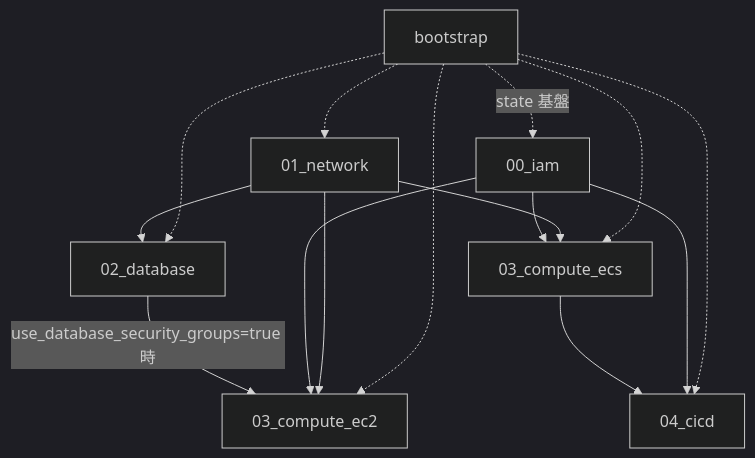
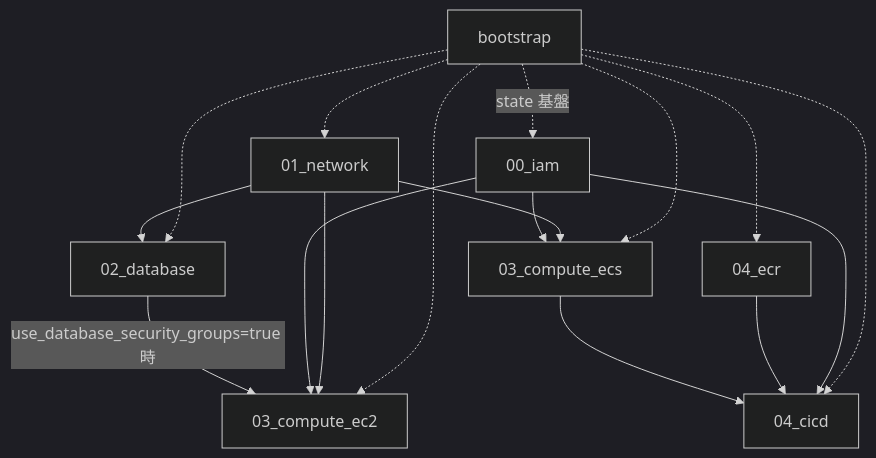
Before and after one commit to r-fukuda-git/r-fukuda-terraform: the diagram in README.md, drawn with Mermaid (dark theme). The commit also changed other lines of this file and 9 other files, not shown here.

````diff
--- a/README.md
+++ b/README.md
@@ -29,26 +30,29 @@
 ```mermaid
 flowchart TD
   bootstrap[bootstrap]
   iam[00_iam]
   network[01_network]
   database[02_database]
   ec2[03_compute_ec2]
   ecs[03_compute_ecs]
+  ecr[04_ecr]
   cicd[04_cicd]
 
   bootstrap -.->|state 基盤| iam
   bootstrap -.-> network
   bootstrap -.-> database
   bootstrap -.-> ec2
   bootstrap -.-> ecs
+  bootstrap -.-> ecr
   bootstrap -.-> cicd
 
   network --> database
   network --> ec2
   network --> ecs
   iam --> ec2
   iam --> ecs
   iam --> cicd
   database -->|use_database_security_groups=true 時| ec2
+  ecr --> cicd
   ecs --> cicd
 ```
````
